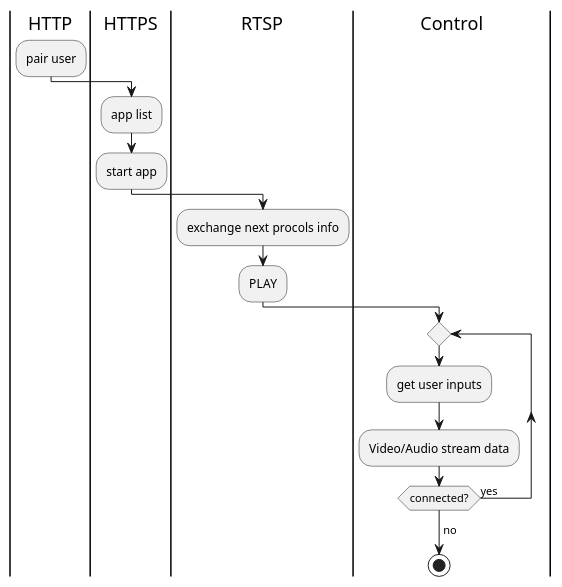
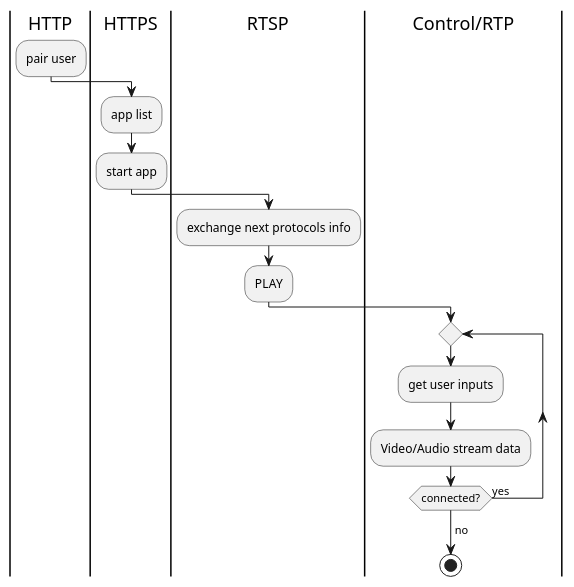
Before and after one commit to games-on-whales/wolf: the diagram in docs/modules/protocols/pages/index.adoc, drawn with PlantUML. The commit also changed other lines of this file and 7 other files, not shown here.

```diff
--- a/docs/modules/protocols/pages/index.adoc
+++ b/docs/modules/protocols/pages/index.adoc
@@ -6,19 +6,19 @@
 [plantuml,format=svg]
 ....
 | HTTP |
   :pair user;
 | HTTPS |
   :app list;
   :start app;
 | RTSP |
-  :exchange next procols info;
+  :exchange next protocols info;
   :PLAY;
-| Control |
+| Control/RTP |
   repeat
     :get user inputs;
     :Video/Audio stream data;
   repeat while (connected?) is (yes)
   -> no;
 
 stop
 ....
```
